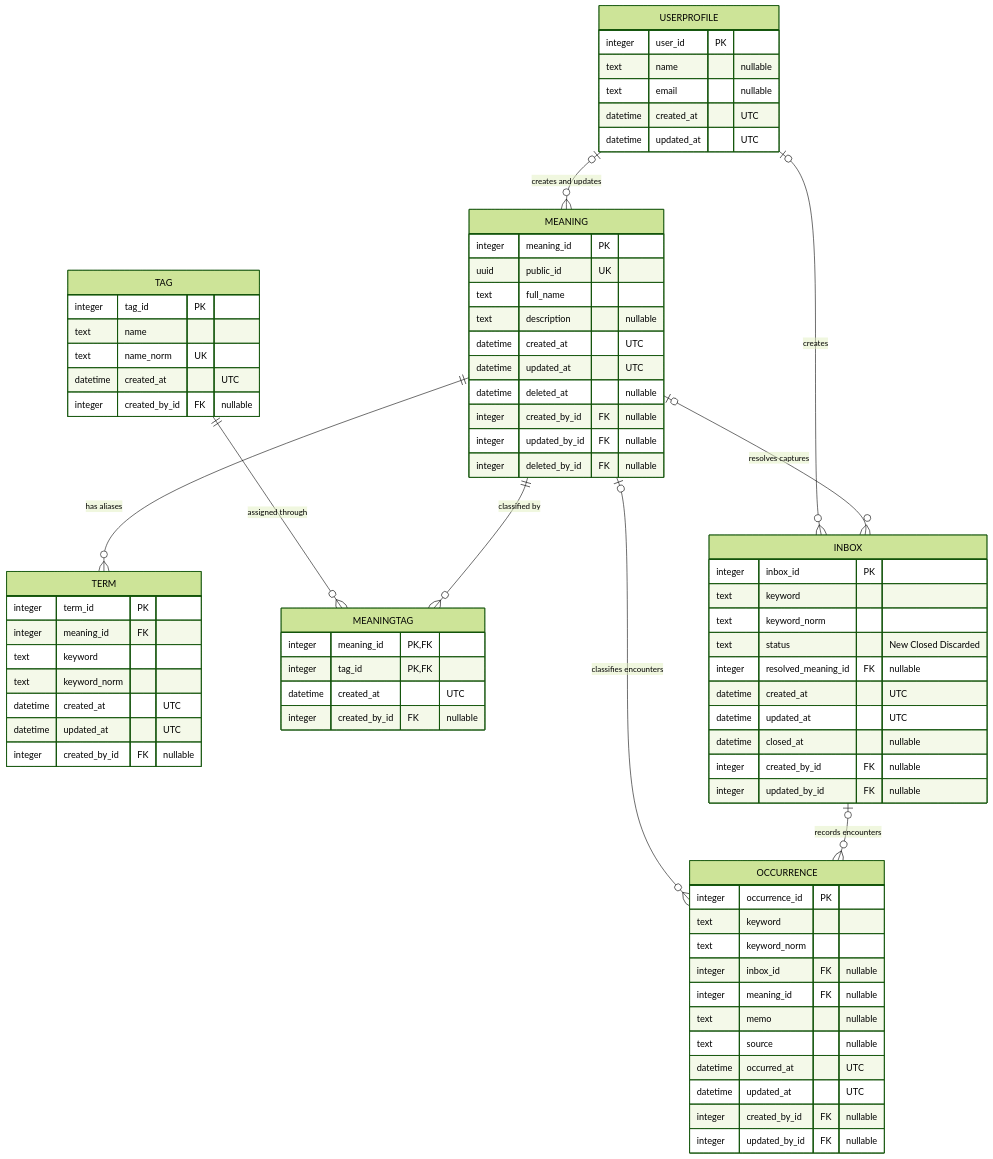
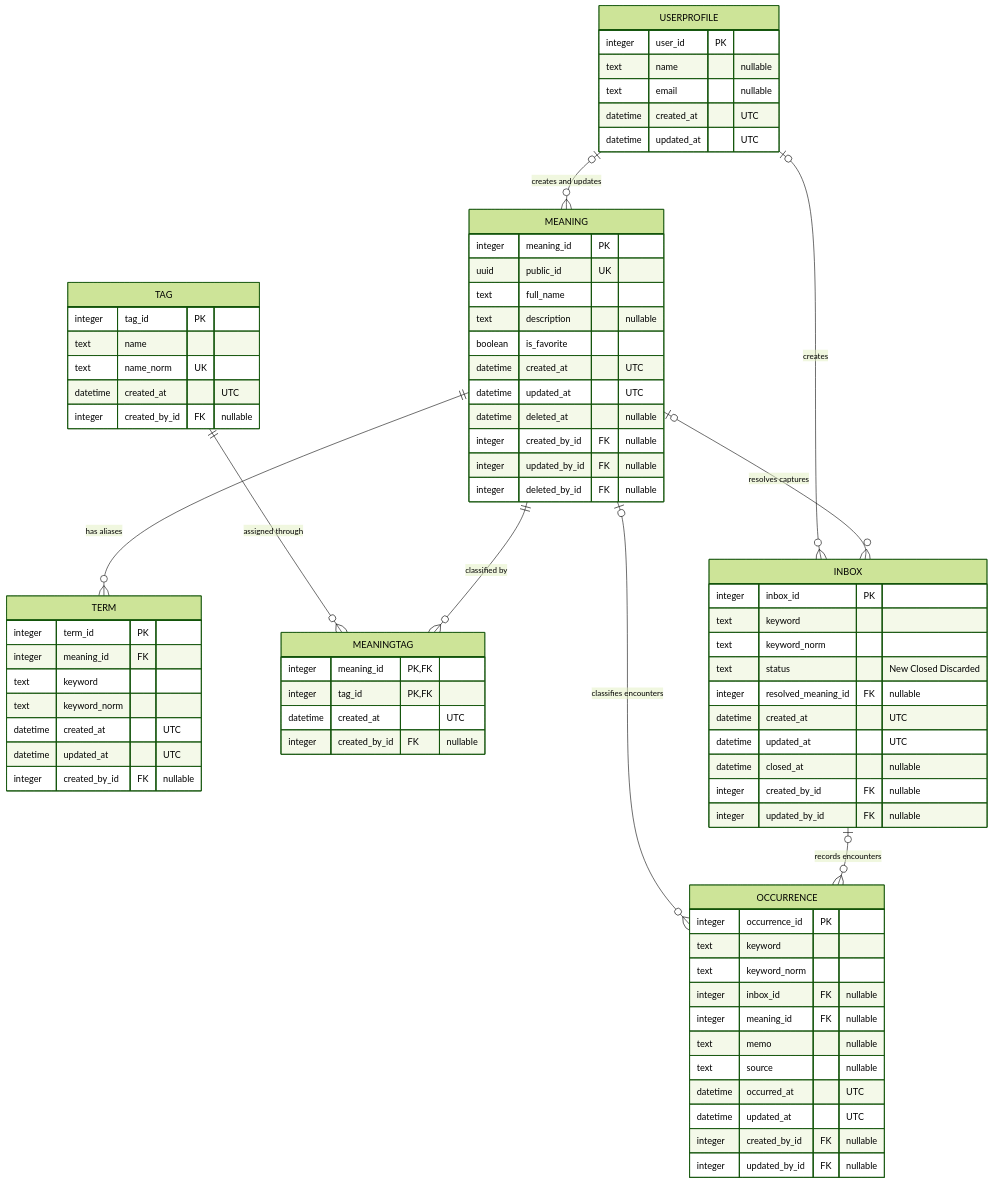
One commit to niikei/TermKeeper changed the first of 2 diagrams in docs/003_domain_model.md. Above: the diagram before and after it, drawn with Mermaid (forest theme). The commit also changed other lines of this file and 14 other files, not shown here.

```diff
--- a/docs/003_domain_model.md
+++ b/docs/003_domain_model.md
@@ -36,6 +36,7 @@
         uuid public_id UK
         text full_name
         text description "nullable"
+        boolean is_favorite
         datetime created_at "UTC"
         datetime updated_at "UTC"
         datetime deleted_at "nullable"
```
